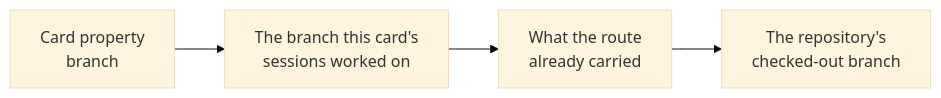
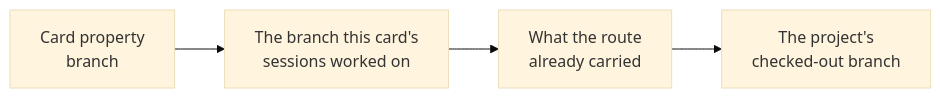
The second of 5 diagrams in docs/flows.md (artipop/xciii), drawn with Mermaid (base theme) before and after one commit. The commit also changed other lines of this file and 78 other files, not shown here.

````diff
--- a/docs/flows.md
+++ b/docs/flows.md
@@ -76,6 +76,6 @@
 ```mermaid
 flowchart LR
     A["Card property<br/>branch"] --> B["The branch this card's<br/>sessions worked on"]
     B --> C["What the route<br/>already carried"]
-    C --> D["The repository's<br/>checked-out branch"]
+    C --> D["The project's<br/>checked-out branch"]
 ```
````
